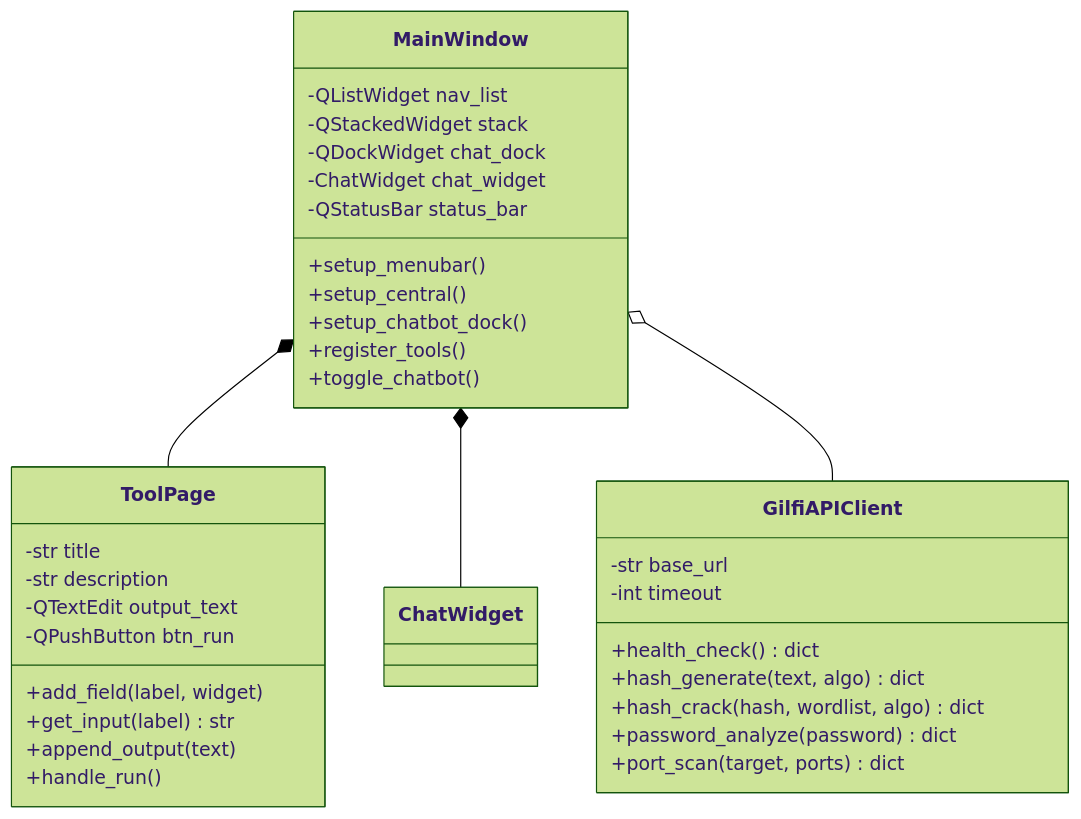
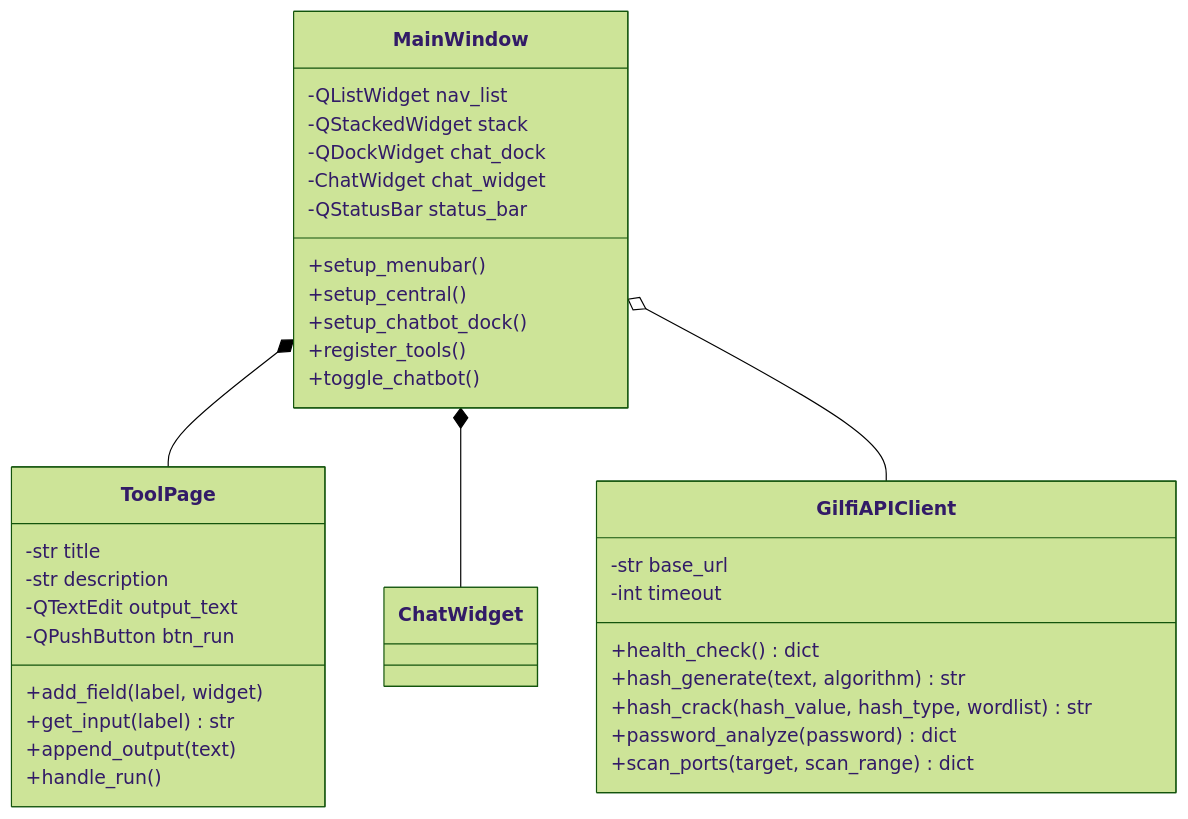
Before and after one commit to Mr-Robotiko/Gilfi: the first of 10 diagrams in README.md, drawn with Mermaid (forest theme). The commit also changed other lines of this file, not shown here.

````diff
--- a/README.md
+++ b/README.md
@@ -199,40 +185,40 @@
 ```mermaid
 classDiagram
     class MainWindow {
         -QListWidget nav_list
         -QStackedWidget stack
         -QDockWidget chat_dock
         -ChatWidget chat_widget
         -QStatusBar status_bar
         +setup_menubar()
         +setup_central()
         +setup_chatbot_dock()
         +register_tools()
         +toggle_chatbot()
     }
     
     class ToolPage {
         -str title
         -str description
         -QTextEdit output_text
         -QPushButton btn_run
         +add_field(label, widget)
         +get_input(label) str
         +append_output(text)
         +handle_run()
     }
     
     class GilfiAPIClient {
         -str base_url
         -int timeout
         +health_check() dict
-        +hash_generate(text, algo) dict
-        +hash_crack(hash, wordlist, algo) dict
+        +hash_generate(text, algorithm) str
+        +hash_crack(hash_value, hash_type, wordlist) str
         +password_analyze(password) dict
-        +port_scan(target, ports) dict
+        +scan_ports(target, scan_range) dict
     }
     
     MainWindow *-- ToolPage
     MainWindow *-- ChatWidget
     MainWindow o-- GilfiAPIClient
 ```
````
